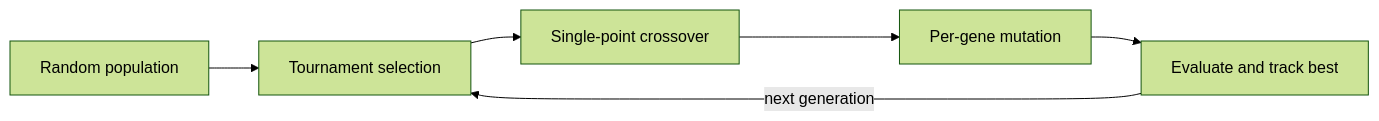
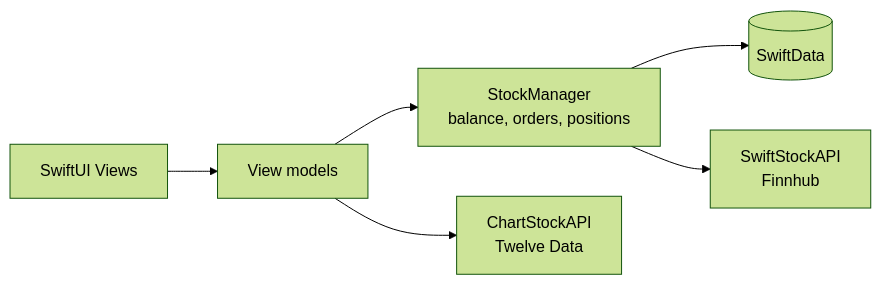
One commit to milsz04/Bajtlik_ios_trading changed the diagram in README.md. Above: the diagram before and after it, drawn with Mermaid (forest theme). The commit also changed other lines of this file, not shown here.

````diff
--- a/README.md
+++ b/README.md
@@ -21,8 +45,8 @@
 ```mermaid
 flowchart LR
-    A[Random population] --> B[Tournament selection]
-    B --> C[Single-point crossover]
-    C --> D[Per-gene mutation]
-    D --> E[Evaluate and track best]
-    E -->|next generation| B
+    V[SwiftUI Views] --> VM[View models]
+    VM --> SM[StockManager<br/>balance, orders, positions]
+    SM --> SD[(SwiftData)]
+    SM --> F[SwiftStockAPI<br/>Finnhub]
+    VM --> C[ChartStockAPI<br/>Twelve Data]
 ```
````
